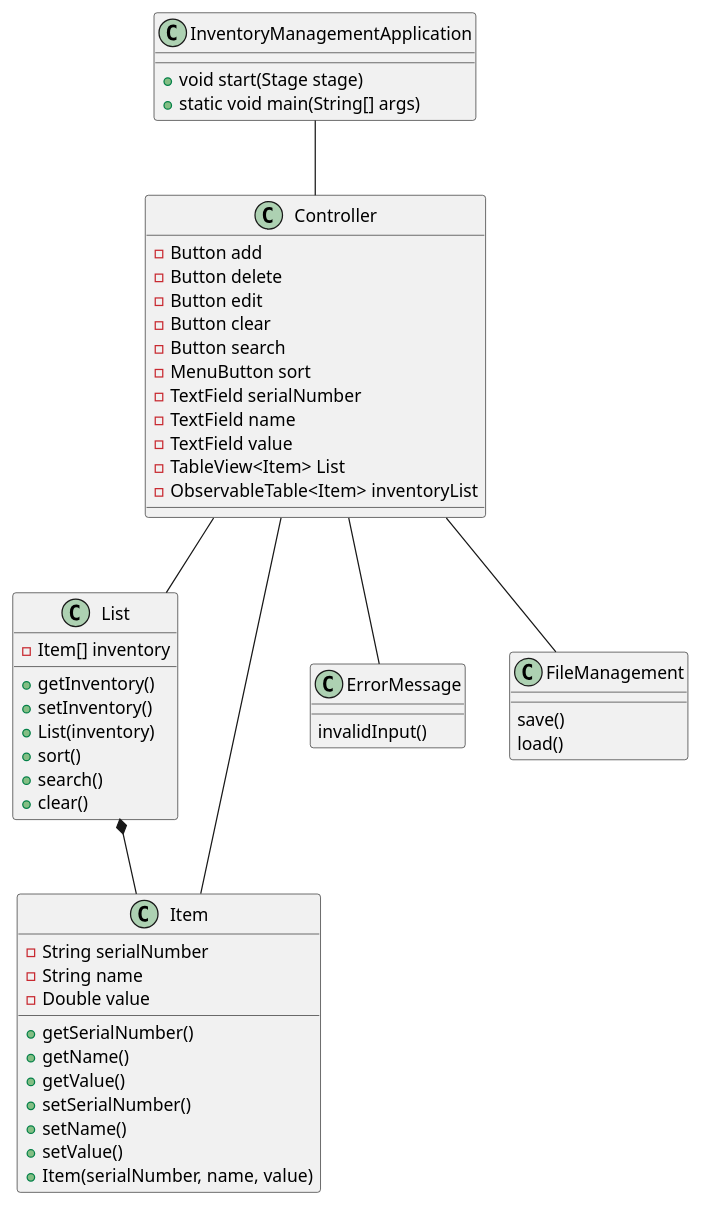
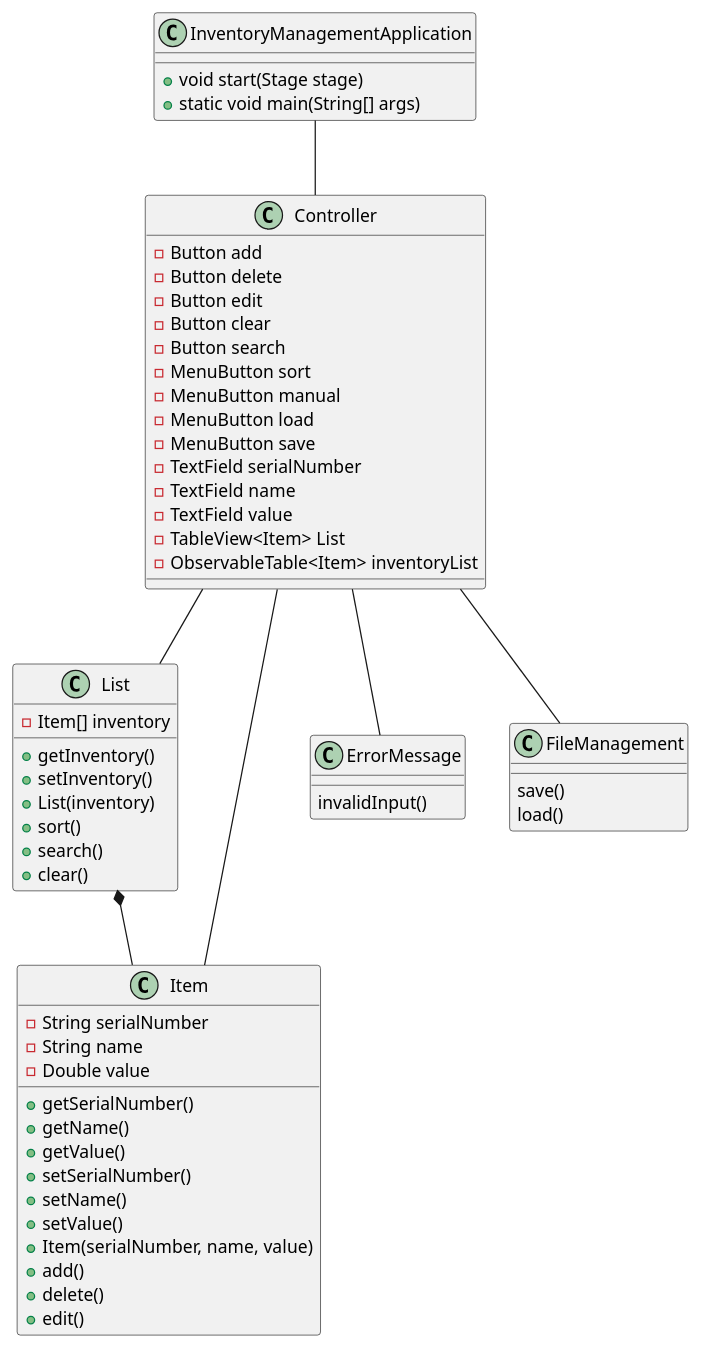
Before and after one commit to aidane1023/earnest-app2: the diagram in earnest-app2-code/docs/app2-classUML.puml, drawn with PlantUML. The commit also changed 6 other files, not shown here.

```diff
--- a/earnest-app2-code/docs/app2-classUML.puml
+++ b/earnest-app2-code/docs/app2-classUML.puml
@@ -1,68 +1,74 @@
 @startuml
 'https://plantuml.com/class-diagram
 
 class InventoryManagementApplication
 class Controller
 class List
 class Item
 class ErrorMessage
 class FileManagement
 
 InventoryManagementApplication -- Controller
 Controller -- List
 Controller -- Item
 Controller -- ErrorMessage
 Controller -- FileManagement
 List *-- Item
 
 class InventoryManagementApplication {
     + void start(Stage stage)
     + static void main(String[] args)
 }
 
 class Controller {
     - Button add
     - Button delete
     - Button edit
     - Button clear
     - Button search
     - MenuButton sort
+    - MenuButton manual
+    - MenuButton load
+    - MenuButton save
     - TextField serialNumber
     - TextField name
     - TextField value
     - TableView<Item> List
     - ObservableTable<Item> inventoryList
 }
 
 class FileManagement {
     save()
     load()
 }
 
 class ErrorMessage {
     invalidInput()
 }
 
 class List {
     - Item[] inventory
     + getInventory()
     + setInventory()
     + List(inventory)
     + sort()
     + search()
     + clear()
 }
 
 class Item {
     - String serialNumber
     - String name
     - Double value
     + getSerialNumber()
     + getName()
     + getValue()
     + setSerialNumber()
     + setName()
     + setValue()
     + Item(serialNumber, name, value)
+    + add()
+    + delete()
+    + edit()
 }
 @enduml
```
